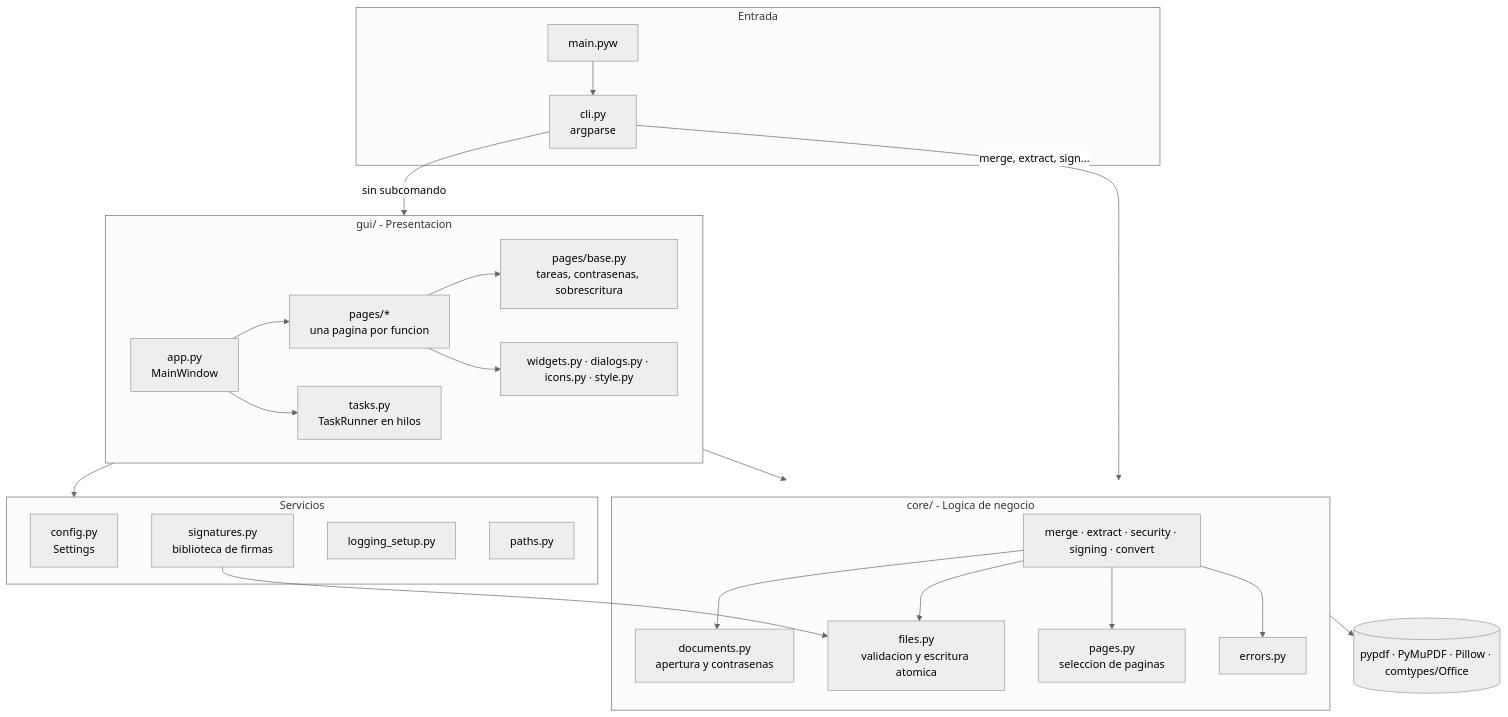
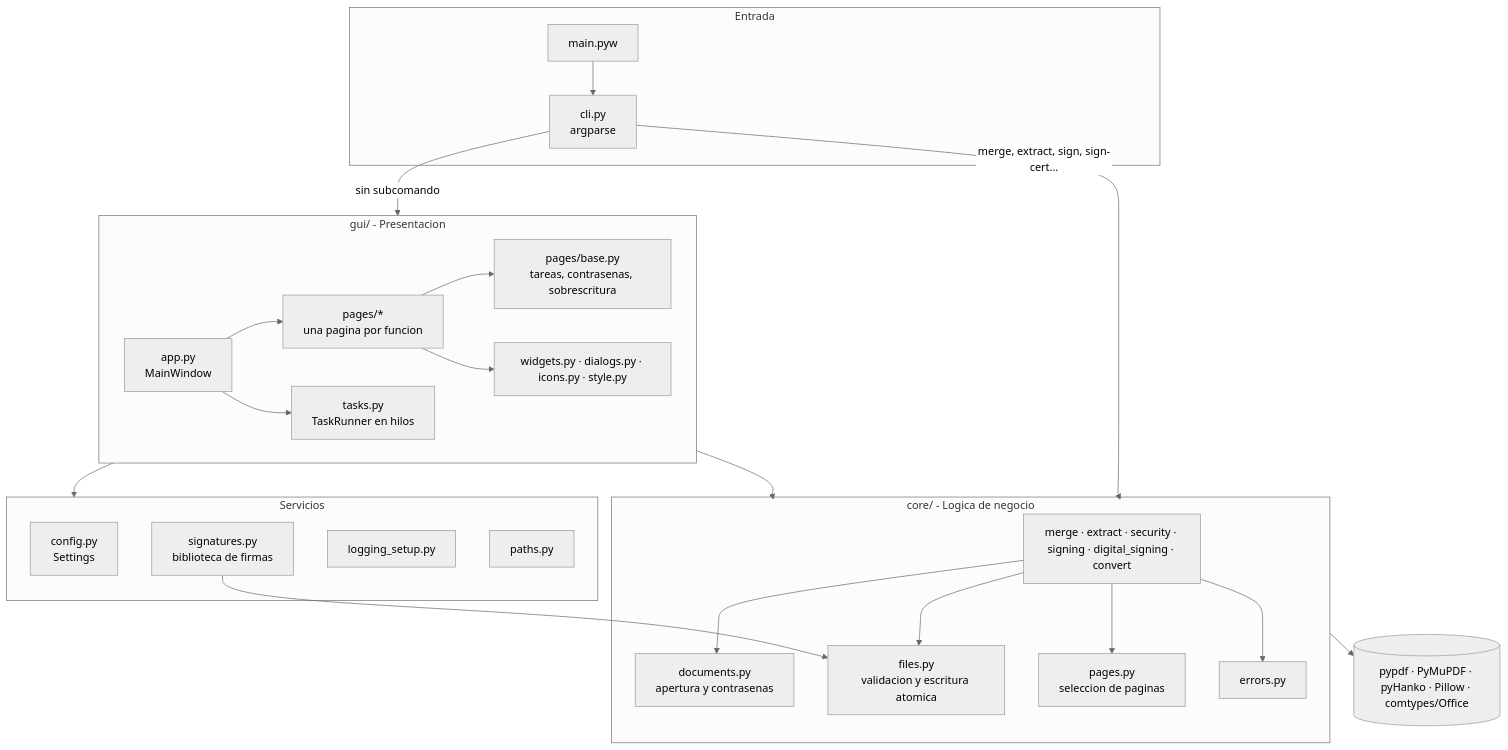
Before and after one commit to avilasebastianl/PDF_Management: the first of 7 diagrams in README.md, drawn with Mermaid (neutral theme). The commit also changed other lines of this file and 11 other files, not shown here.

````diff
--- a/README.md
+++ b/README.md
@@ -90,35 +91,35 @@
 ```mermaid
 flowchart TD
     subgraph Entrada
         MAIN[main.pyw] --> CLI[cli.py<br/>argparse]
     end
     CLI -->|sin subcomando| GUI
-    CLI -->|merge, extract, sign...| CORE
+    CLI -->|merge, extract, sign, sign-cert...| CORE
 
     subgraph GUI[gui/ - Presentacion]
         APP[app.py<br/>MainWindow] --> PAGES[pages/*<br/>una pagina por funcion]
         PAGES --> BASE[pages/base.py<br/>tareas, contrasenas, sobrescritura]
         APP --> TASKS[tasks.py<br/>TaskRunner en hilos]
         PAGES --> WIDGETS[widgets.py · dialogs.py · icons.py · style.py]
     end
 
     subgraph Servicios
         CONFIG[config.py<br/>Settings]
         SIGS[signatures.py<br/>biblioteca de firmas]
         LOG[logging_setup.py]
         PATHS[paths.py]
     end
 
     subgraph CORE[core/ - Logica de negocio]
-        OPS[merge · extract · security · signing · convert]
+        OPS[merge · extract · security · signing · digital_signing · convert]
         OPS --> DOCS[documents.py<br/>apertura y contrasenas]
         OPS --> FILES[files.py<br/>validacion y escritura atomica]
         OPS --> PAGESEL[pages.py<br/>seleccion de paginas]
         OPS --> ERR[errors.py]
     end
 
     GUI --> Servicios
     GUI --> CORE
     SIGS --> FILES
-    CORE --> LIBS[(pypdf · PyMuPDF · Pillow · comtypes/Office)]
+    CORE --> LIBS[(pypdf · PyMuPDF · pyHanko · Pillow · comtypes/Office)]
 ```
````
